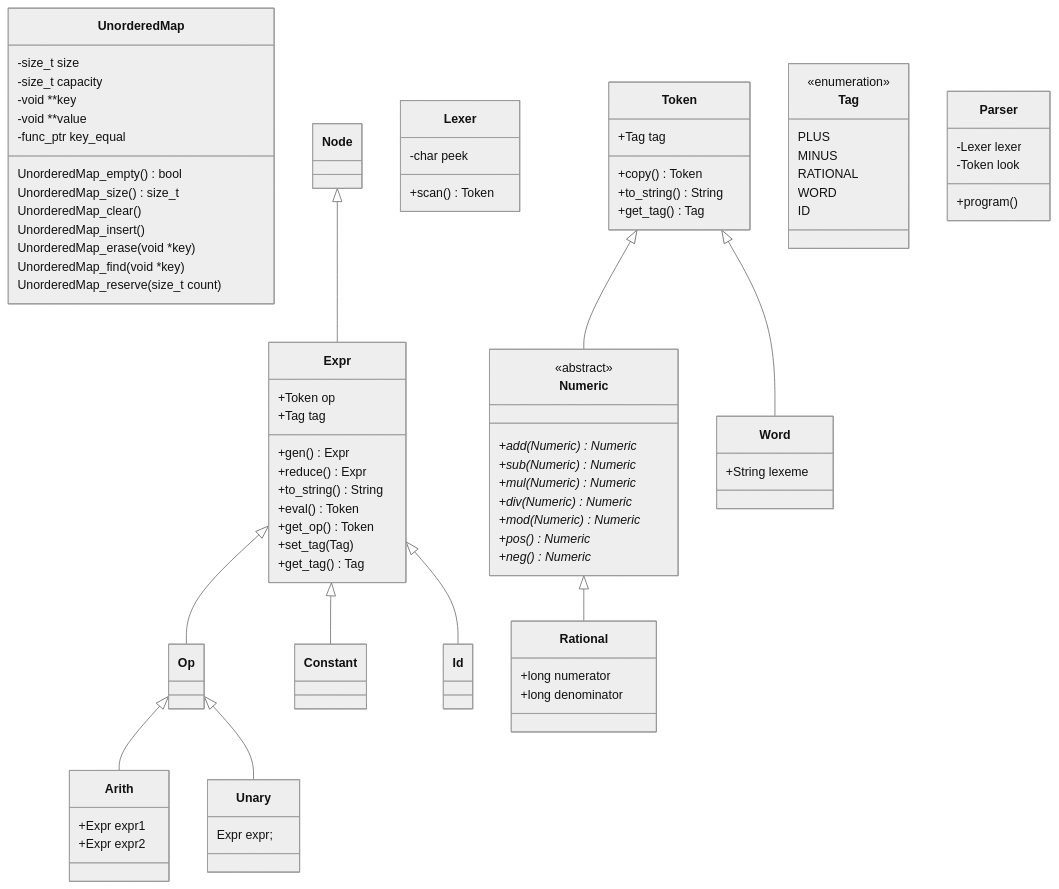
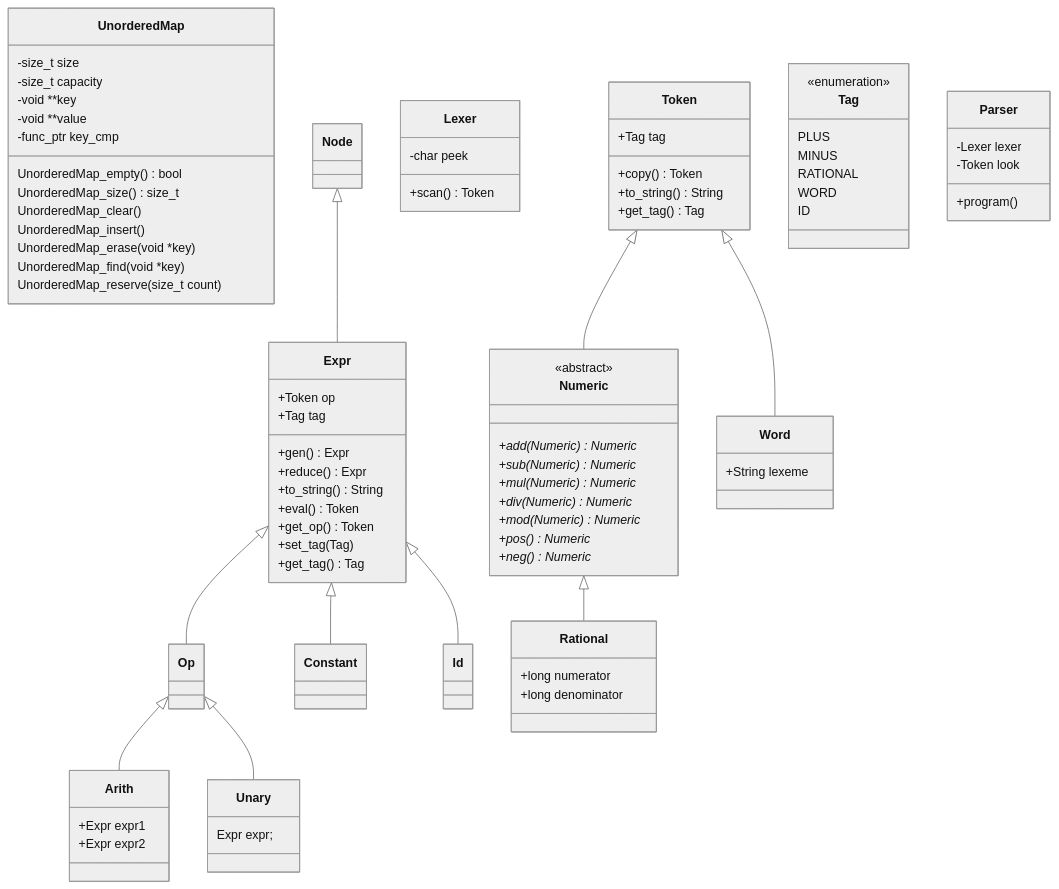
Before and after one commit to nwhean/42_computorv: the diagram in diagram.md, drawn with Mermaid (neutral theme). The commit also changed 9 other files, not shown here.

```diff
--- a/diagram.md
+++ b/diagram.md
@@ -7,7 +7,7 @@
 		-size_t capacity
 		-void **key
 		-void **value
-		-func_ptr key_equal
+		-func_ptr key_cmp
 		UnorderedMap_empty() bool
 		UnorderedMap_size() size_t
 		UnorderedMap_clear()
```
